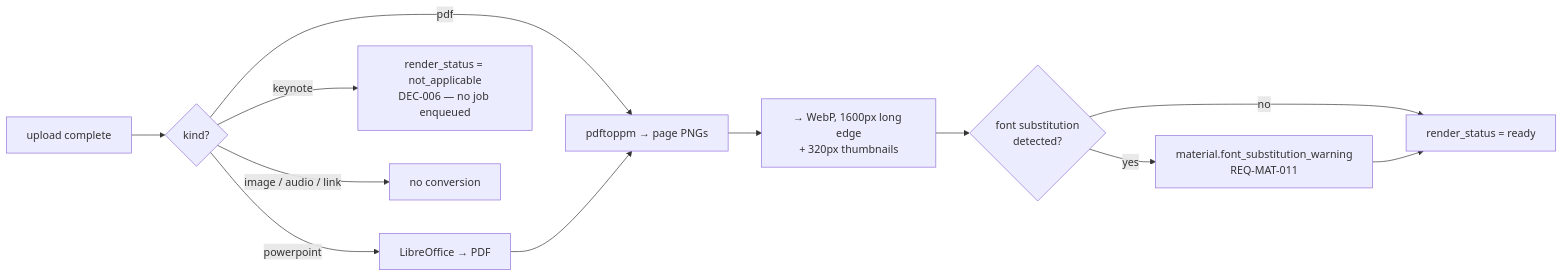
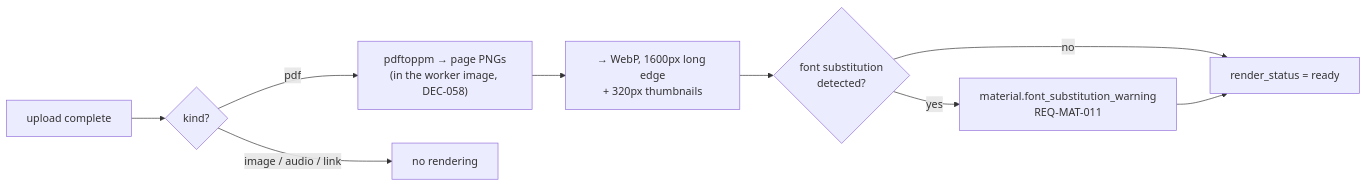
One commit to ebnmajed/kareem-marefa changed the second of 2 diagrams in docs/plan/07-content-pipeline.md. Above: the diagram before and after it, drawn with Mermaid. The commit also changed other lines of this file and 16 other files, not shown here.

First line of the commit message:
docs(plan): DEC-058 and DEC-059, the Launch session record, the plan amended for PDF-only

````diff
--- a/docs/plan/07-content-pipeline.md
+++ b/docs/plan/07-content-pipeline.md
@@ -107,13 +107,11 @@
 ```mermaid
 flowchart LR
     U["upload complete"] --> K{kind?}
-    K -->|pdf| PDF["pdftoppm → page PNGs"]
-    K -->|powerpoint| LO["LibreOffice → PDF"] --> PDF
-    K -->|keynote| NA["render_status = not_applicable<br/>DEC-006 — no job enqueued"]
-    K -->|image / audio / link| NA2["no conversion"]
+    K -->|pdf| PDF["pdftoppm → page PNGs<br/>(in the worker image, DEC-058)"]
+    K -->|image / audio / link| NA2["no rendering"]
     PDF --> WEBP["→ WebP, 1600px long edge<br/>+ 320px thumbnails"]
     WEBP --> SUB{"font substitution<br/>detected?"}
     SUB -->|yes| WARN["material.font_substitution_warning<br/>REQ-MAT-011"]
     SUB -->|no| OK["render_status = ready"]
     WARN --> OK
 ```
````
